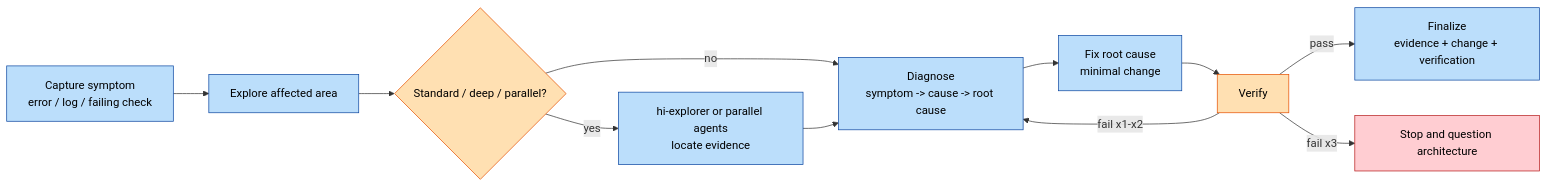
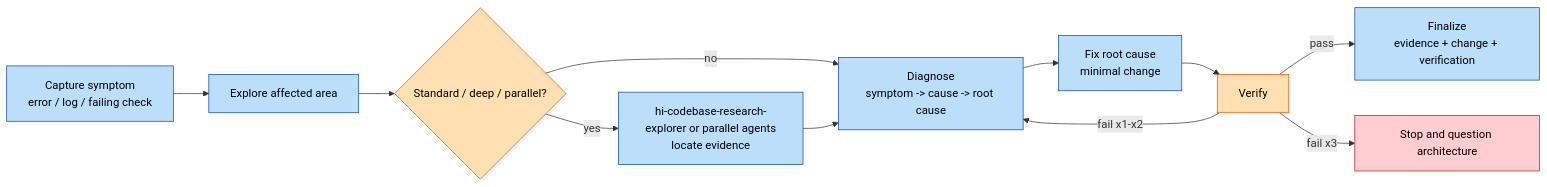
Before and after one commit to baka3k/dev-kit: the third of 5 diagrams in README.md, drawn with Mermaid. The commit also changed other lines of this file and 27 other files, not shown here.

````diff
--- a/README.md
+++ b/README.md
@@ -377,20 +377,20 @@
 ```mermaid
 graph LR
     A["Capture symptom<br/>error / log / failing check"] --> B["Explore affected area"]
     B --> P{"Standard / deep / parallel?"}
     P -->|no| C["Diagnose<br/>symptom -> cause -> root cause"]
-    P -->|yes| X["hi-explorer or parallel agents<br/>locate evidence"]
+    P -->|yes| X["hi-codebase-research-explorer or parallel agents<br/>locate evidence"]
     X --> C
     C --> D["Fix root cause<br/>minimal change"]
     D --> E["Verify"]
     E -->|pass| F["Finalize<br/>evidence + change + verification"]
     E -->|fail x1-x2| C
     E -->|fail x3| G["Stop and question architecture"]
 
     classDef step fill:#bbdefb,stroke:#0d47a1,color:#000
     classDef gate fill:#ffe0b2,stroke:#e65100,color:#000
     classDef fail fill:#ffcdd2,stroke:#b71c1c,color:#000
     class A,B,C,D,F,X step
     class P,E gate
     class G fail
 ```
````
